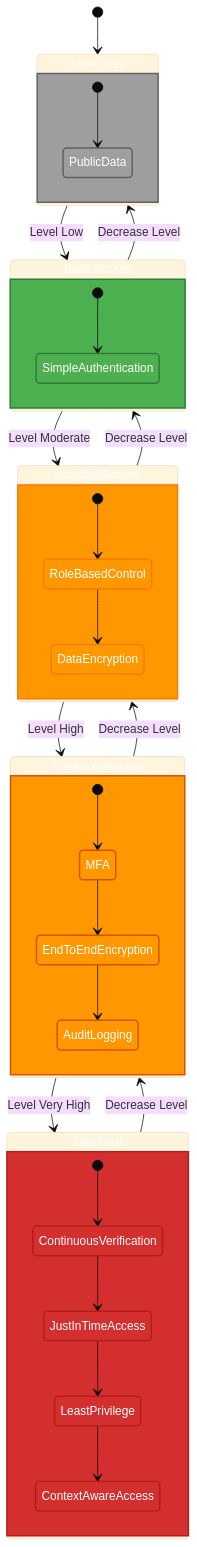
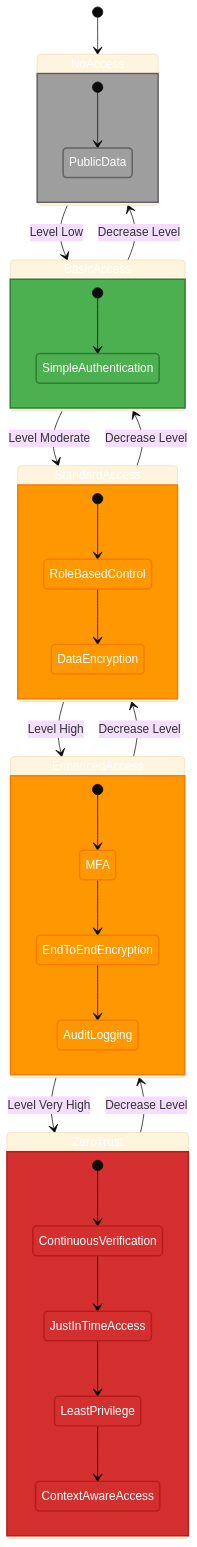
The seventh of 11 diagrams in docs/architecture/STATEDIAGRAM.md (Hack23/cia-compliance-manager), drawn with Mermaid (base theme) before and after one commit. The commit also changed 5 other files, not shown here.

````diff
--- a/docs/architecture/STATEDIAGRAM.md
+++ b/docs/architecture/STATEDIAGRAM.md
@@ -654,52 +654,52 @@
 ```mermaid
 stateDiagram-v2
     [*] --> NoAccess
     
     NoAccess --> BasicAccess: Level Low
     BasicAccess --> StandardAccess: Level Moderate
     StandardAccess --> EnhancedAccess: Level High
     EnhancedAccess --> ZeroTrust: Level Very High
     
     ZeroTrust --> EnhancedAccess: Decrease Level
     EnhancedAccess --> StandardAccess: Decrease Level
     StandardAccess --> BasicAccess: Decrease Level
     BasicAccess --> NoAccess: Decrease Level
     
     state NoAccess {
         [*] --> PublicData
     }
     
     state BasicAccess {
         [*] --> SimpleAuthentication
     }
     
     state StandardAccess {
         [*] --> RoleBasedControl
         RoleBasedControl --> DataEncryption
     }
     
     state EnhancedAccess {
         [*] --> MFA
         MFA --> EndToEndEncryption
         EndToEndEncryption --> AuditLogging
     }
     
     state ZeroTrust {
         [*] --> ContinuousVerification
         ContinuousVerification --> JustInTimeAccess
         JustInTimeAccess --> LeastPrivilege
         LeastPrivilege --> ContextAwareAccess
     }
     
     classDef none fill:#9E9E9E,stroke:#616161,stroke-width:2px,color:#ffffff
     classDef low fill:#4CAF50,stroke:#2E7D32,stroke-width:2px,color:#ffffff
     classDef moderate fill:#FF9800,stroke:#F57C00,stroke-width:2px,color:#ffffff
-    classDef high fill:#FF9800,stroke:#F57C00,stroke-width:2px,color:#ffffff,stroke:#d35400,stroke-width:2px,color:white
+    classDef high fill:#FF9800,stroke:#F57C00,stroke-width:2px,color:#ffffff
     classDef veryhigh fill:#D32F2F,stroke:#B71C1C,stroke-width:2px,color:#ffffff
     
     class NoAccess,PublicData none
     class BasicAccess,SimpleAuthentication low
     class StandardAccess,RoleBasedControl,DataEncryption moderate
     class EnhancedAccess,MFA,EndToEndEncryption,AuditLogging high
     class ZeroTrust,ContinuousVerification,JustInTimeAccess,LeastPrivilege,ContextAwareAccess veryhigh
 ```
````
